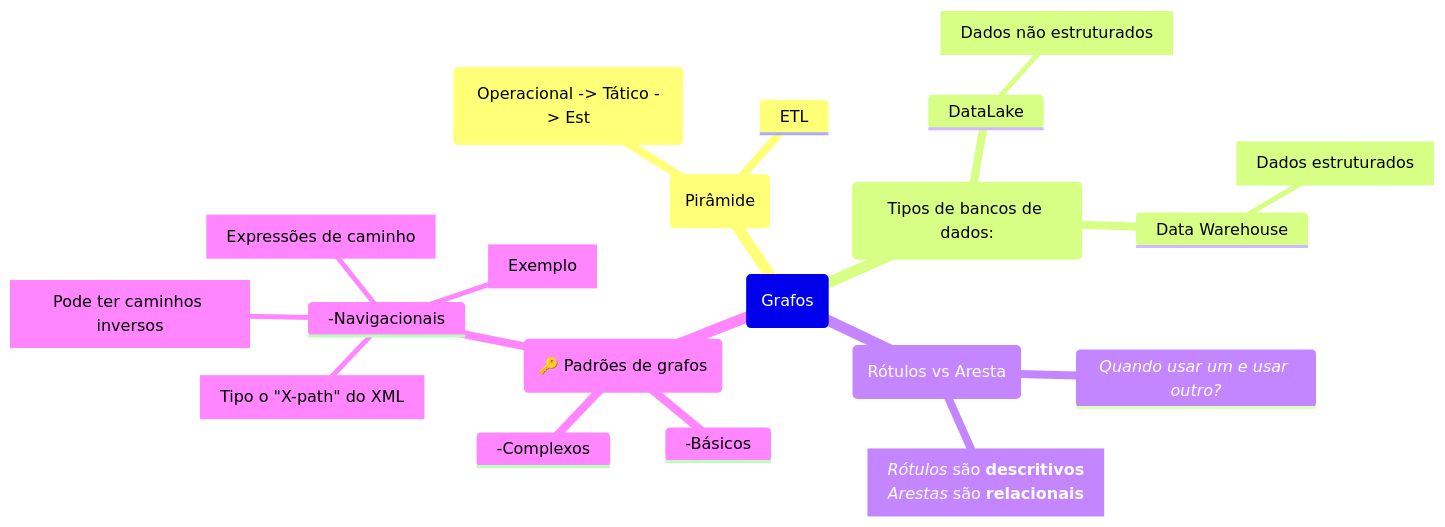
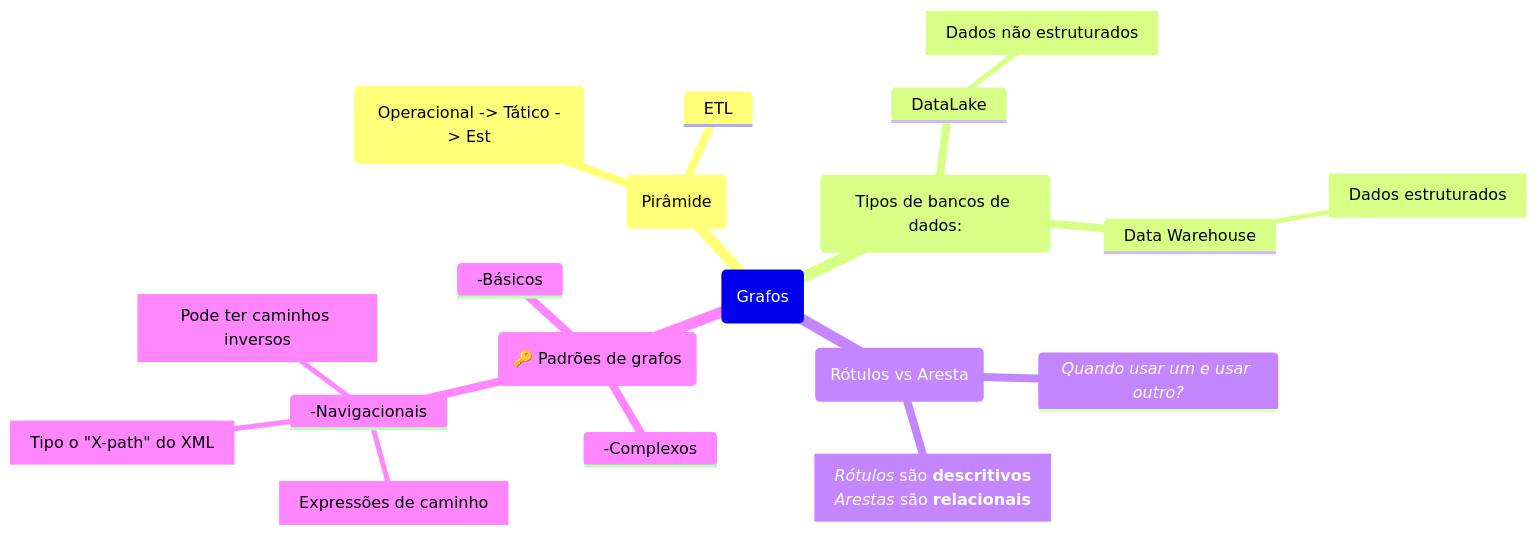
Before and after one commit to Igorino/joplin-notes: the diagram in Mestrado/Segundo Semestre/SIN5033 - Grafos de conhecimento e Ontologias/Anotações/De Aulas/Aula do dia 2026 04 08.md, drawn with Mermaid.

Commit message:
Exported on 2026-04-08_15-58-52

````diff
--- a/Mestrado/Segundo Semestre/SIN5033 - Grafos de conhecimento e Ontologias/Anotações/De Aulas/Aula do dia 2026 04 08.md
+++ b/Mestrado/Segundo Semestre/SIN5033 - Grafos de conhecimento e Ontologias/Anotações/De Aulas/Aula do dia 2026 04 08.md
@@ -1,30 +1,29 @@
 ```mermaid
 mindmap
 	Root(Grafos)
 		(Pirâmide)
 			("Operacional -> Tático -> Est")
 			ETL
 
 		(Tipos de bancos de dados:)		
 			DataLake
 				[Dados não estruturados]
 			Data Warehouse
 				[Dados estruturados]
 
 		(Rótulos vs Aresta)
 			*Quando usar um e usar outro?*
 			[*Rótulos* são **descritivos**
 			*Arestas* são **relacionais**]
 
 		(🔑 Padrões de grafos)
 			-Básicos
 			-Complexos
 			-Navigacionais
 				[Tipo o "X-path" do XML]
 				["Expressões de caminho"]
 				[Pode ter caminhos inversos]
-				[Exemplo]
 
 
 			
 ```
````
